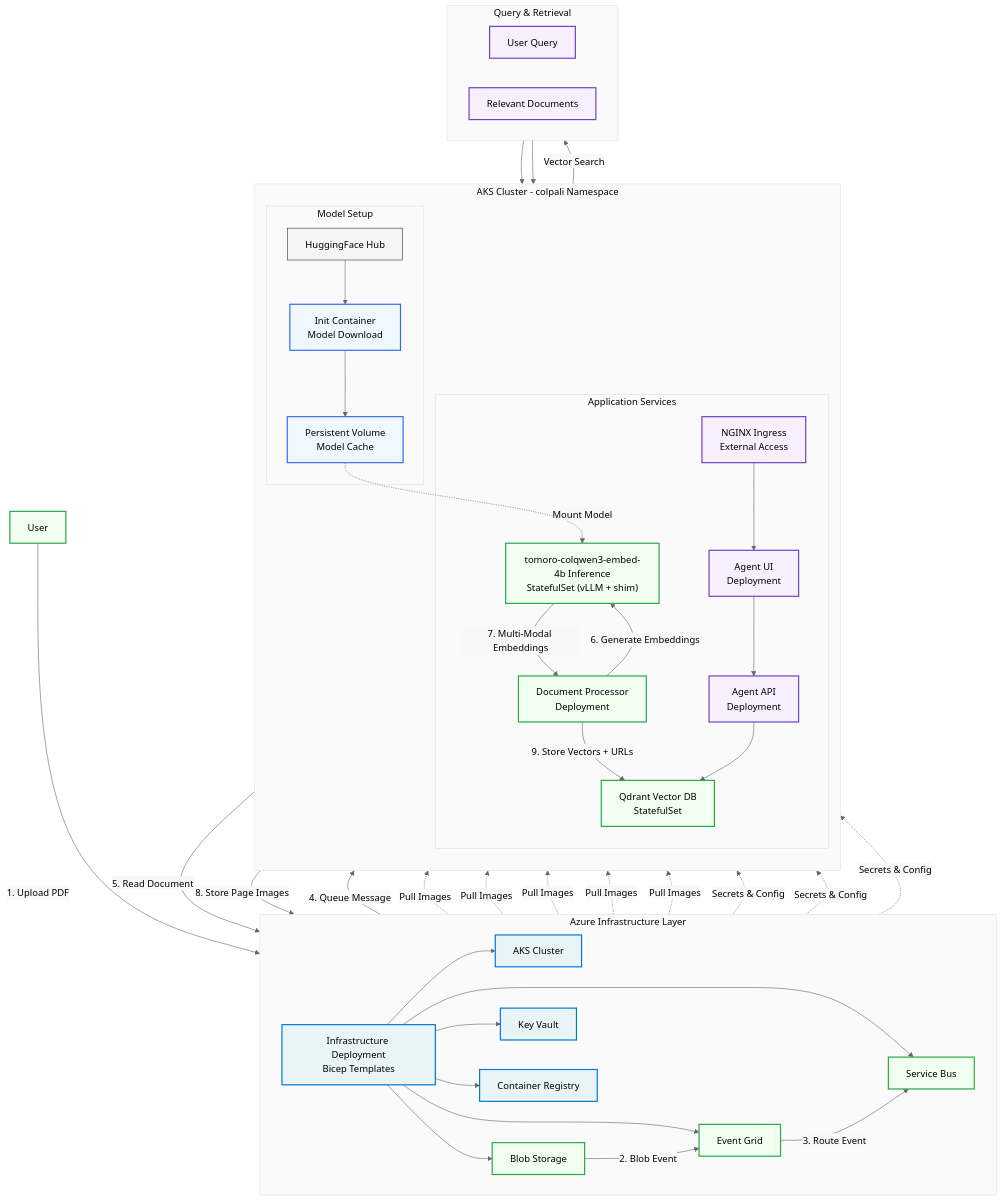
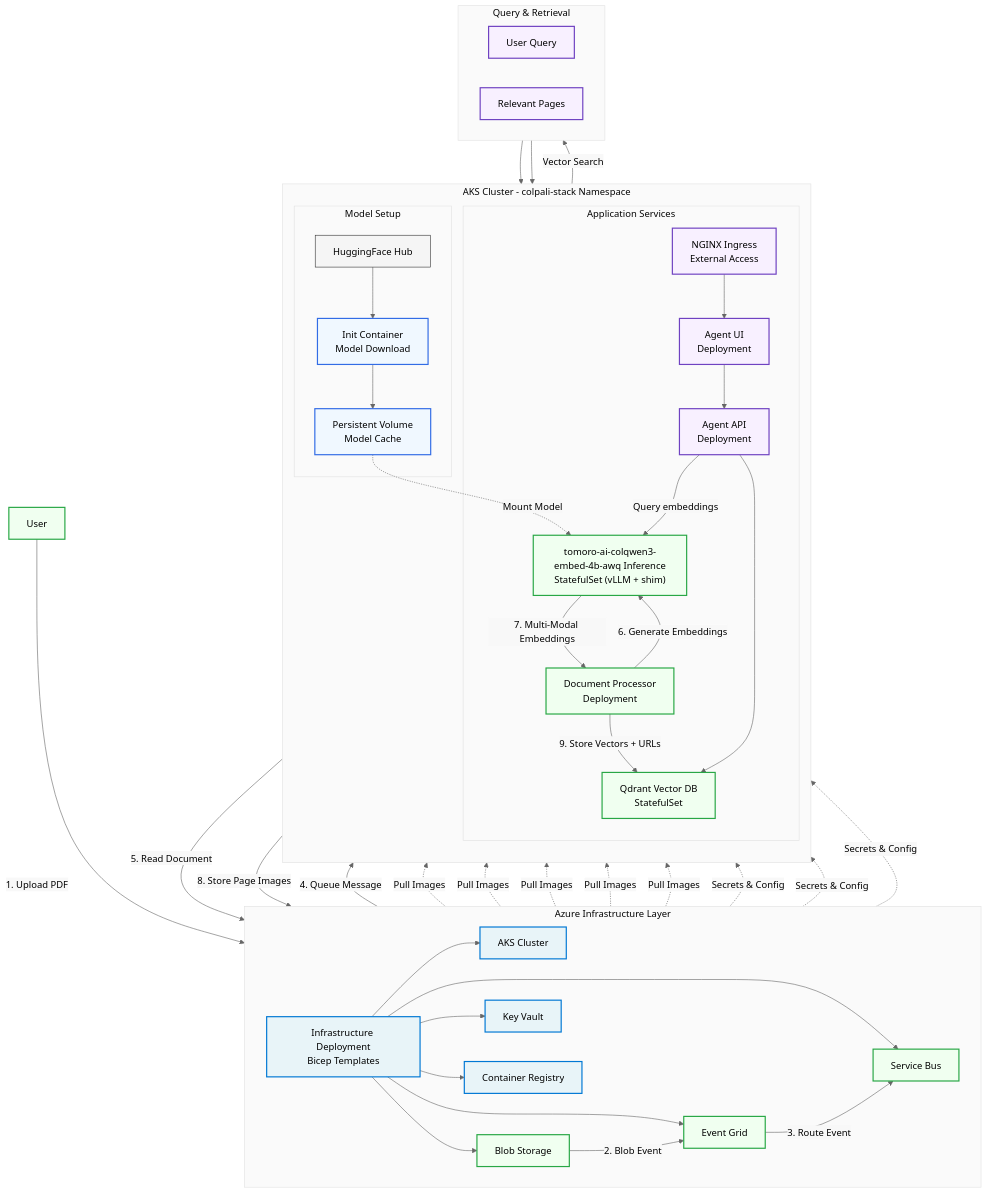
One commit to zqf20096327/ai_collect changed the diagram in data/readmes/microsoft__multi-modal-rag-with-colpali.md. Above: the diagram before and after it, drawn with Mermaid. The commit also changed other lines of this file and 2708 other files, not shown here.

```diff
--- a/data/readmes/microsoft__multi-modal-rag-with-colpali.md
+++ b/data/readmes/microsoft__multi-modal-rag-with-colpali.md
@@ -95,7 +101,7 @@
         INFRA --> ACR[Container Registry]
     end
 
-    subgraph K8S_LAYER ["AKS Cluster - colpali Namespace"]
+    subgraph K8S_LAYER ["AKS Cluster - colpali-stack Namespace"]
         direction TB
 
         subgraph MODEL_SETUP ["Model Setup"]
@@ -104,7 +110,7 @@
         end
 
         subgraph APP_SERVICES ["Application Services"]
-            COLQWEN["tomoro-colqwen3-embed-4b Inference<br/>StatefulSet (vLLM + shim)"]
+            COLQWEN["tomoro-ai-colqwen3-embed-4b-awq Inference<br/>StatefulSet (vLLM + shim)"]
             DOCPROC[Document Processor<br/>Deployment]
             QDRANT[Qdrant Vector DB<br/>StatefulSet]
             AGENT_API[Agent API<br/>Deployment]
@@ -115,7 +121,6 @@
         PVC -.->|Mount Model| COLQWEN
     end
 
-    %% Event-Driven Processing Flow (integrated with existing nodes)
     USER[User] -->|1. Upload PDF| STORAGE
     STORAGE -->|2. Blob Event| EG
     EG -->|3. Route Event| SB
@@ -131,12 +136,12 @@
         QUERY[User Query] --> INGRESS
         INGRESS --> AGENT_UI
         AGENT_UI --> AGENT_API
+        AGENT_API -->|Query embeddings| COLQWEN
         AGENT_API --> QDRANT
-        QDRANT -->|Vector Search| RESULTS[Relevant Documents]
+        QDRANT -->|Vector Search| RESULTS[Relevant Pages]
         RESULTS --> AGENT_API
     end
 
-    %% Infrastructure connections
     ACR -.->|Pull Images| COLQWEN
     ACR -.->|Pull Images| DOCPROC
     ACR -.->|Pull Images| QDRANT
@@ -146,7 +151,6 @@
     KV -.->|Secrets & Config| COLQWEN
     KV -.->|Secrets & Config| AGENT_API
 
-    %% Node Styling
     classDef azure fill:#e8f4f8,stroke:#0078d4,stroke-width:2px
     classDef k8s fill:#f0f8ff,stroke:#326ce5,stroke-width:2px
     classDef flow fill:#f0fff0,stroke:#28a745,stroke-width:2px
```
